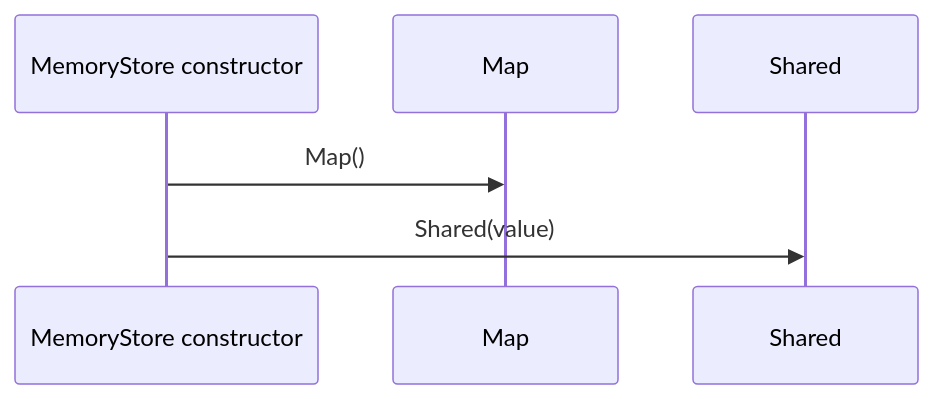
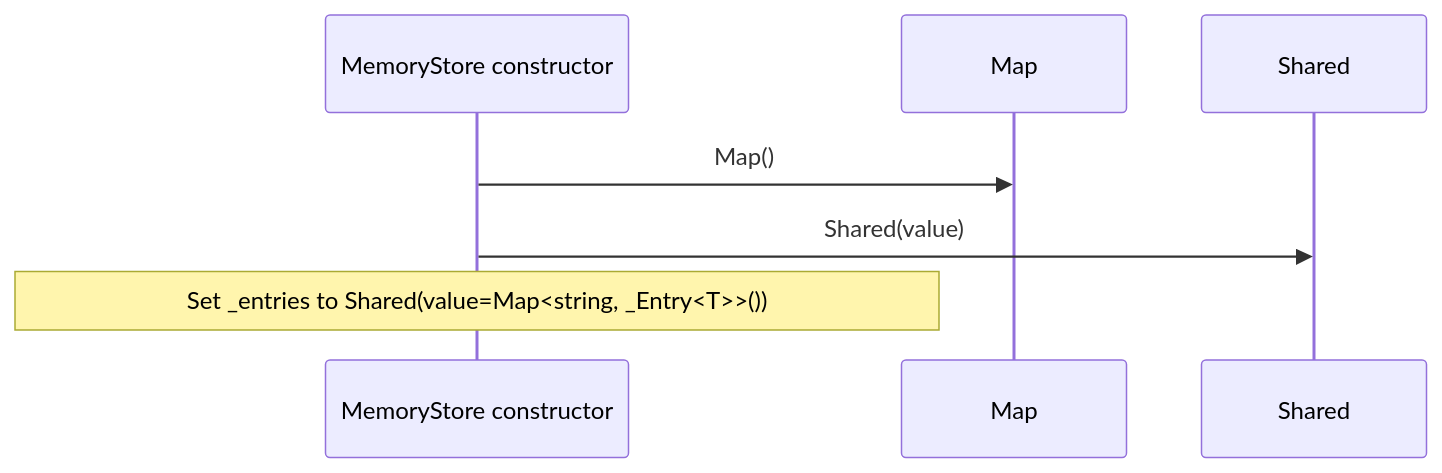
Before and after one commit to GreenPandaStudios/augscript: the eighth of 11 diagrams in docs/examples/oidc-login/dependencies/packages/@git/url_0eb7c89453c87681ed15/0.0.0-git.a39fc582565d4fca40be4f75fa304d71adc69301/store-diagrams.md, drawn with Mermaid. The commit also changed other lines of this file and 289 other files, not shown here.

Commit message:
Correct diagram control flow and complete generated wiki navigation

````diff
--- a/docs/examples/oidc-login/dependencies/packages/@git/url_0eb7c89453c87681ed15/0.0.0-git.a39fc582565d4fca40be4f75fa304d71adc69301/store-diagrams.md
+++ b/docs/examples/oidc-login/dependencies/packages/@git/url_0eb7c89453c87681ed15/0.0.0-git.a39fc582565d4fca40be4f75fa304d71adc69301/store-diagrams.md
@@ -122,8 +122,9 @@
 ```mermaid
 sequenceDiagram
     participant p0 as MemoryStore constructor
     participant p1 as Map
     participant p2 as Shared
     p0->>p1: Map()
     p0->>p2: Shared(value)
+    Note over p0: Set _entries to Shared(value=Map#60;string, _Entry#60;T#62;#62;())
 ```
````
